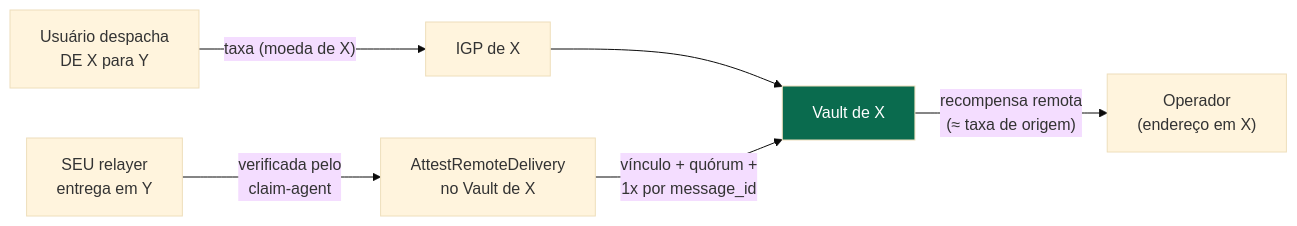
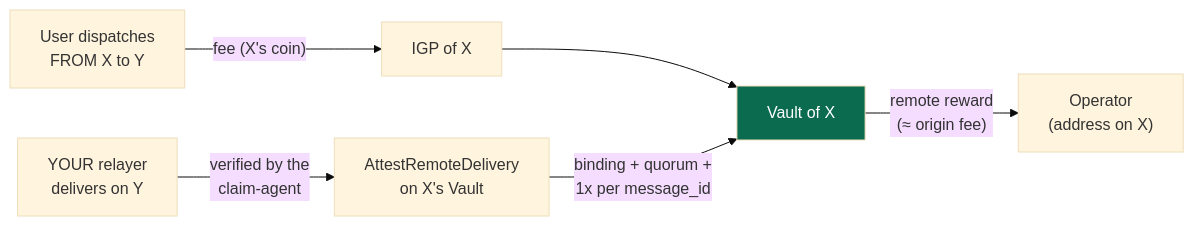
The fourth of 9 diagrams in docs/ARQUITETURA.md (terra-classic-hyperlane/proof-of-delivery), drawn with Mermaid (base theme) before and after one commit. The commit also changed other lines of this file and 29 other files, not shown here.

````diff
--- a/docs/ARQUITETURA.md
+++ b/docs/ARQUITETURA.md
@@ -118,8 +118,8 @@
 ```mermaid
 flowchart LR
-    U2["Usuário despacha<br/>DE X para Y"] -- "taxa (moeda de X)" --> IGPX["IGP de X"] --> POOLX["Vault de X"]
-    RELY["SEU relayer<br/>entrega em Y"] -- "verificada pelo<br/>claim-agent" --> ATT["AttestRemoteDelivery<br/>no Vault de X"]
-    ATT -- "vínculo + quórum +<br/>1x por message_id" --> POOLX
-    POOLX -- "recompensa remota<br/>(≈ taxa de origem)" --> OP["Operador<br/>(endereço em X)"]
+    U2["User dispatches<br/>FROM X to Y"] -- "fee (X's coin)" --> IGPX["IGP of X"] --> POOLX["Vault of X"]
+    RELY["YOUR relayer<br/>delivers on Y"] -- "verified by the<br/>claim-agent" --> ATT["AttestRemoteDelivery<br/>on X's Vault"]
+    ATT -- "binding + quorum +<br/>1x per message_id" --> POOLX
+    POOLX -- "remote reward<br/>(≈ origin fee)" --> OP["Operator<br/>(address on X)"]
     style POOLX fill:#0a6b4e,color:#fff
 ```
````
